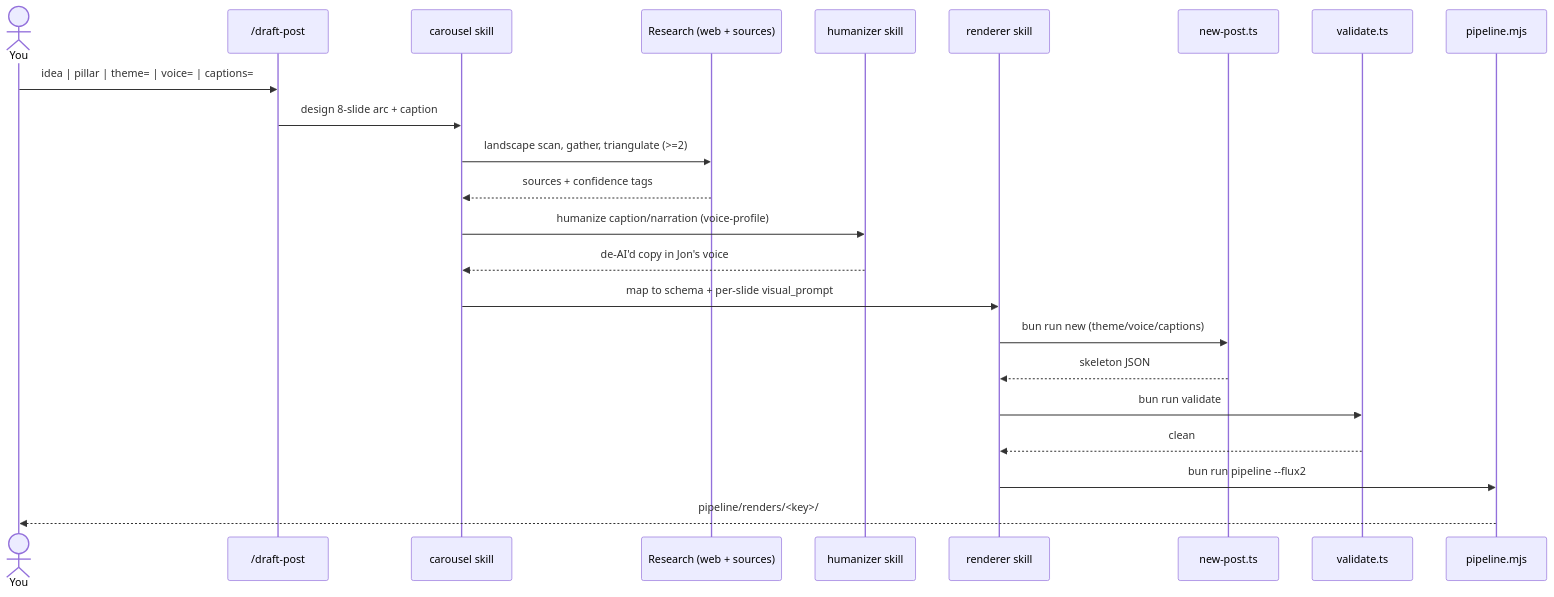
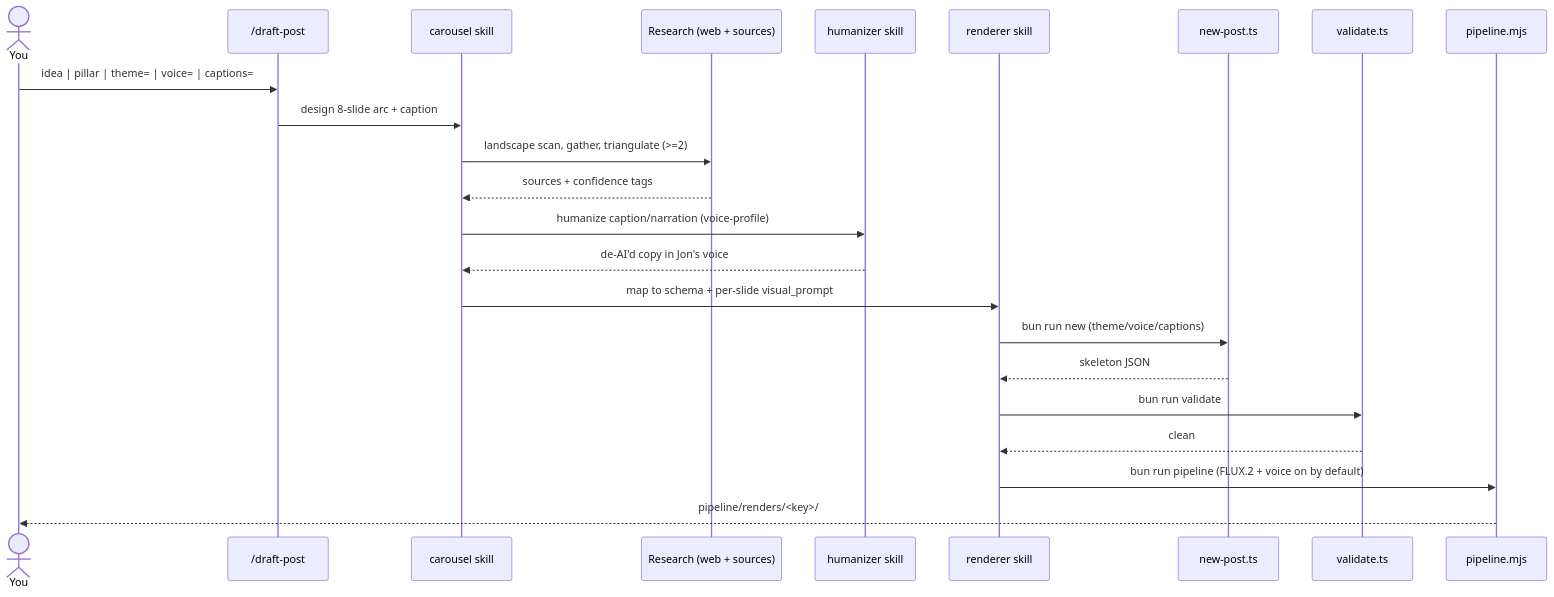
One commit to jondmarien/ai-ugc-pipeline changed the first of 4 diagrams in renderer/docs/PIPELINE_ARCHITECTURE.md. Above: the diagram before and after it, drawn with Mermaid. The commit also changed other lines of this file and 1 other file, not shown here.

First line of the commit message:
docs: sync architecture docs with current defaults (FLUX.2, voice-on, cover auto-gen)

````diff
--- a/renderer/docs/PIPELINE_ARCHITECTURE.md
+++ b/renderer/docs/PIPELINE_ARCHITECTURE.md
@@ -13,25 +13,25 @@
 ```mermaid
 sequenceDiagram
     actor U as You
     participant CMD as /draft-post
     participant C as carousel skill
     participant R as Research (web + sources)
     participant H as humanizer skill
     participant RN as renderer skill
     participant NEW as new-post.ts
     participant V as validate.ts
     participant P as pipeline.mjs
     U->>CMD: idea | pillar | theme= | voice= | captions=
     CMD->>C: design 8-slide arc + caption
     C->>R: landscape scan, gather, triangulate (>=2)
     R-->>C: sources + confidence tags
     C->>H: humanize caption/narration (voice-profile)
     H-->>C: de-AI'd copy in Jon's voice
     C->>RN: map to schema + per-slide visual_prompt
     RN->>NEW: bun run new (theme/voice/captions)
     NEW-->>RN: skeleton JSON
     RN->>V: bun run validate
     V-->>RN: clean
-    RN->>P: bun run pipeline --flux2
+    RN->>P: bun run pipeline (FLUX.2 + voice on by default)
     P-->>U: pipeline/renders/<key>/
 ```
````
